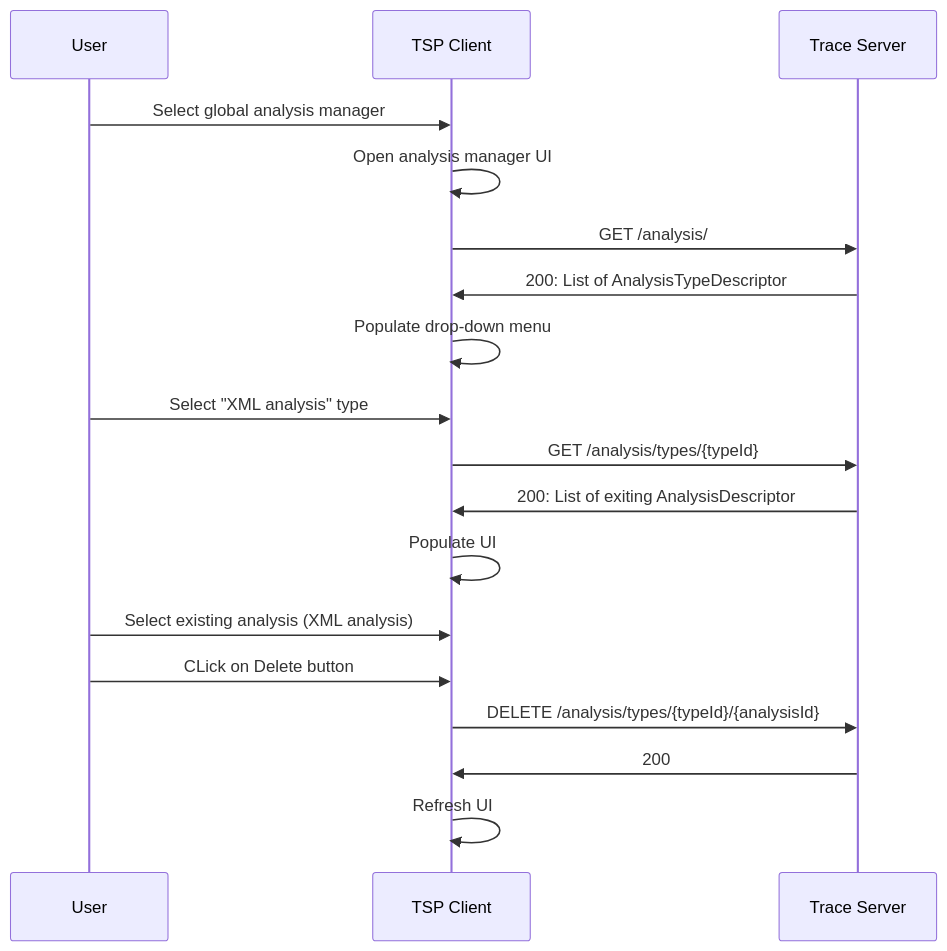
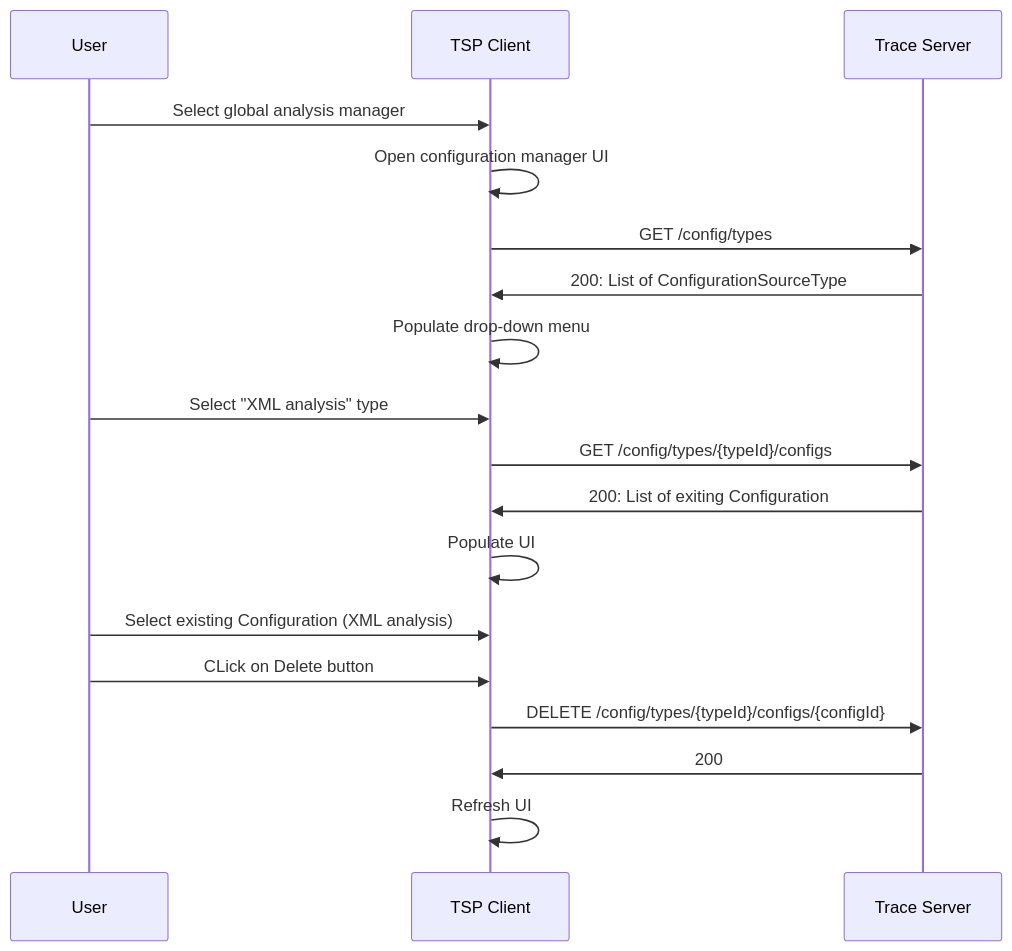
Before and after one commit to eclipse-cdt-cloud/theia-trace-extension: the third of 5 diagrams in doc/adr/0011-tsp-analysis-api.md, drawn with Mermaid. The commit also changed other lines of this file, not shown here.

First line of the commit message:
ADR: Generalize analysis-api ADR towards other configurations

````diff
--- a/doc/adr/0011-tsp-analysis-api.md
+++ b/doc/adr/0011-tsp-analysis-api.md
@@ -140,20 +140,20 @@
 ```mermaid
 sequenceDiagram
     participant user as User
     participant client as TSP Client
     participant server as Trace Server
     user->>client: Select global analysis manager
-    client->>client: Open analysis manager UI
-    client->>server: GET /analysis/
-    server->>client: 200: List of AnalysisTypeDescriptor
+    client->>client: Open configuration manager UI
+    client->>server: GET /config/types
+    server->>client: 200: List of ConfigurationSourceType
     client->>client: Populate drop-down menu
     user->>client: Select "XML analysis" type
-    client->>server: GET /analysis/types/{typeId}
-    server->>client: 200: List of exiting AnalysisDescriptor
+    client->>server: GET /config/types/{typeId}/configs
+    server->>client: 200: List of exiting Configuration
     client->>client: Populate UI
-    user->>client: Select existing analysis (XML analysis)
+    user->>client: Select existing Configuration (XML analysis)
     user->>client: CLick on Delete button
-    client->>server: DELETE /analysis/types/{typeId}/{analysisId}
+    client->>server: DELETE /config/types/{typeId}/configs/{configId}
     server->>client: 200
     client->>client: Refresh UI
 ```
````
